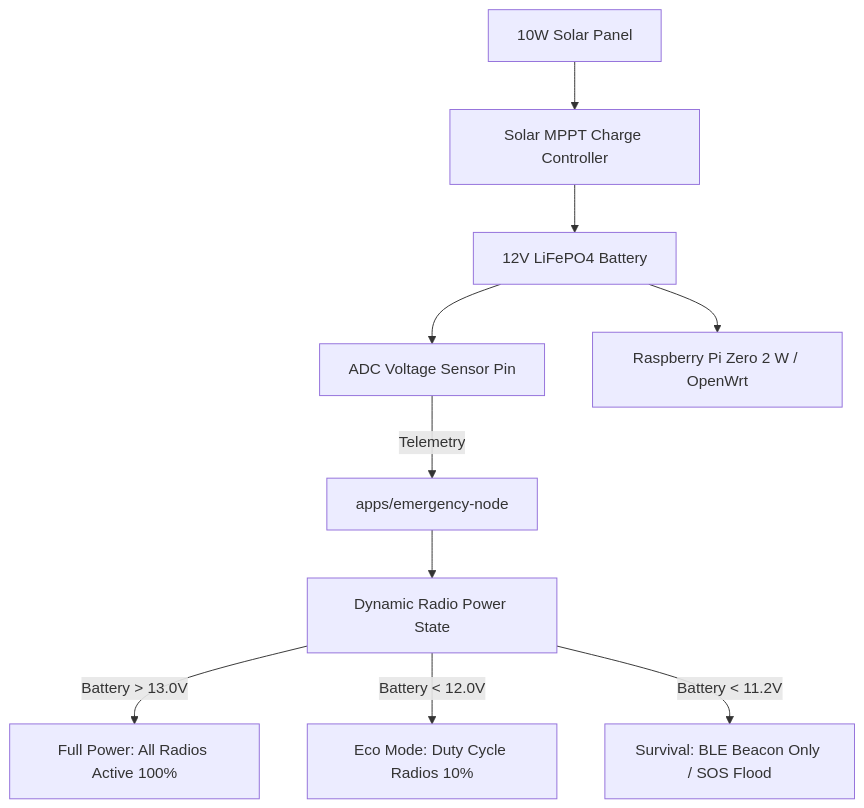
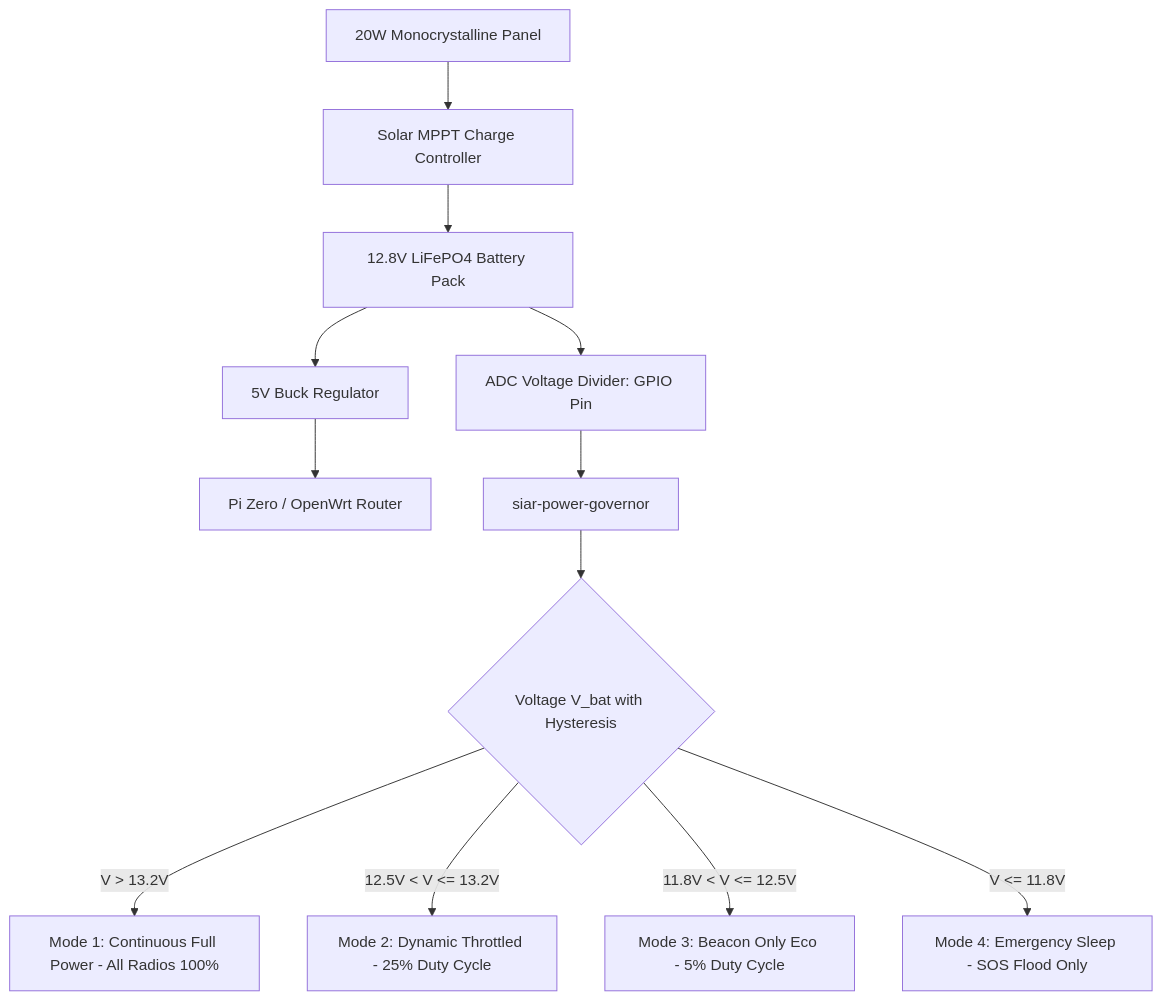
The diagram in wiki/19-Headless-Daemons-and-Embedded-Nodes.md (irshadali5/siar), drawn with Mermaid before and after one commit. The commit also changed other lines of this file, not shown here.

````diff
--- a/wiki/19-Headless-Daemons-and-Embedded-Nodes.md
+++ b/wiki/19-Headless-Daemons-and-Embedded-Nodes.md
@@ -29,13 +59,15 @@
 ```mermaid
 graph TD
-    SolarPanel[10W Solar Panel] --> ChargeController[Solar MPPT Charge Controller]
-    ChargeController --> LiFePO4[12V LiFePO4 Battery]
-    LiFePO4 --> ADC[ADC Voltage Sensor Pin]
-    LiFePO4 --> PiZero[Raspberry Pi Zero 2 W / OpenWrt]
+    SolarPanel[20W Monocrystalline Panel] --> MPPT[Solar MPPT Charge Controller]
+    MPPT --> Battery[12.8V LiFePO4 Battery Pack]
+    Battery --> StepDown[5V Buck Regulator] --> SBC[Pi Zero / OpenWrt Router]
+    Battery --> ADC[ADC Voltage Divider: GPIO Pin]
     
-    ADC -->|Telemetry| Daemon[apps/emergency-node]
-    Daemon --> RadioControl[Dynamic Radio Power State]
-    RadioControl -->|Battery > 13.0V| ModeMax[Full Power: All Radios Active 100%]
-    RadioControl -->|Battery < 12.0V| ModeEco[Eco Mode: Duty Cycle Radios 10%]
-    RadioControl -->|Battery < 11.2V| ModeSurvival[Survival: BLE Beacon Only / SOS Flood]
+    ADC --> Telemetry[siar-power-governor]
+    Telemetry --> Eval{Voltage V_bat with Hysteresis}
+    
+    Eval -->|V > 13.2V| ModeFull[Mode 1: Continuous Full Power - All Radios 100%]
+    Eval -->|12.5V < V <= 13.2V| ModeThrottled[Mode 2: Dynamic Throttled - 25% Duty Cycle]
+    Eval -->|11.8V < V <= 12.5V| ModeEco[Mode 3: Beacon Only Eco - 5% Duty Cycle]
+    Eval -->|V <= 11.8V| ModeSurvival[Mode 4: Emergency Sleep - SOS Flood Only]
 ```
````
